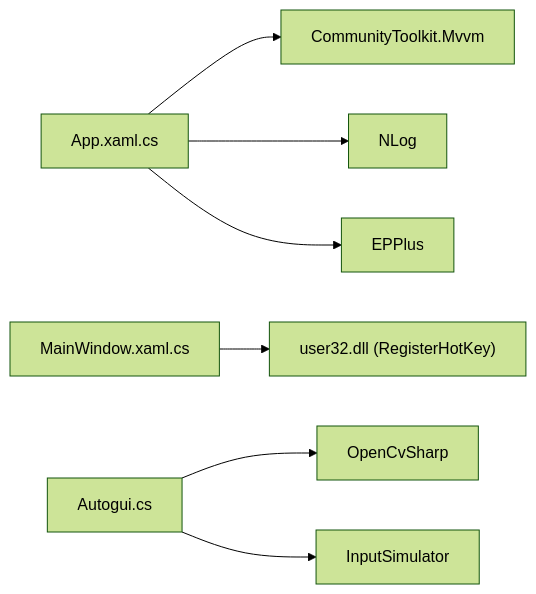
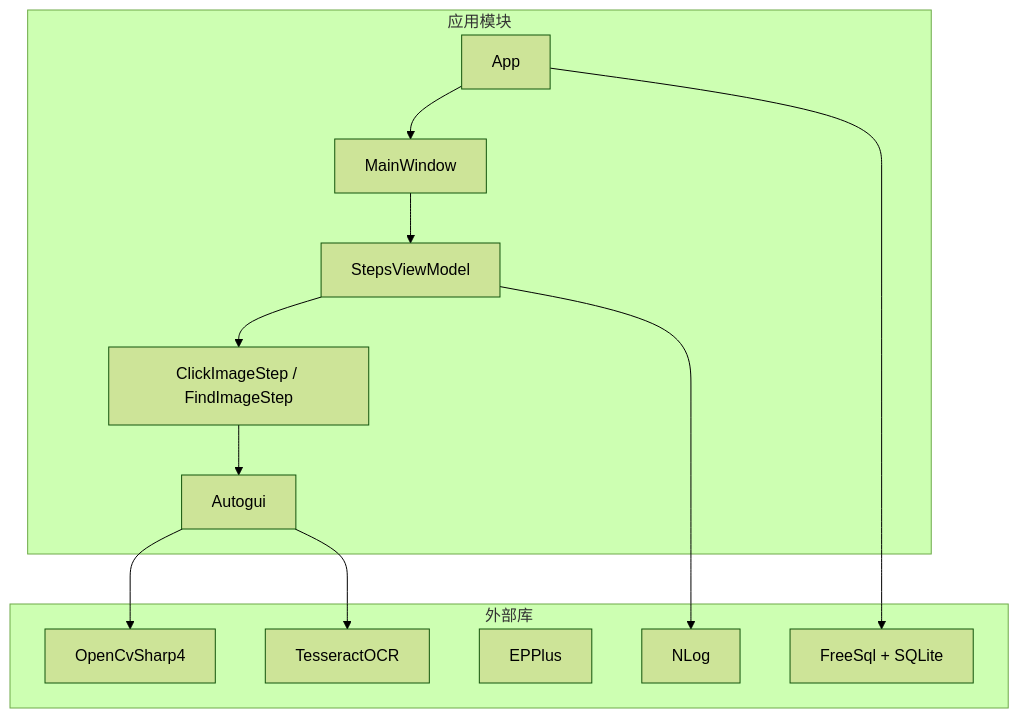
The seventh of 7 diagrams in .qoder/repowiki/zh/content/快速开始.md (yooxii/ShaoLuAuto), drawn with Mermaid (forest theme) before and after one commit. The commit also changed other lines of this file and 213 other files, not shown here.

````diff
--- a/.qoder/repowiki/zh/content/快速开始.md
+++ b/.qoder/repowiki/zh/content/快速开始.md
@@ -220,9 +288,25 @@
 ```mermaid
-graph LR
-App["App.xaml.cs"] --> MVVM["CommunityToolkit.Mvvm"]
-App --> NLog["NLog"]
-MainWindow["MainWindow.xaml.cs"] --> Win32["user32.dll (RegisterHotKey)"]
-Autogui["Autogui.cs"] --> OpenCV["OpenCvSharp"]
-Autogui --> InputSim["InputSimulator"]
-App --> EPPlus["EPPlus"]
+graph TB
+subgraph "外部库"
+OPENCV["OpenCvSharp4"]
+TESS["TesseractOCR"]
+EPPLUS["EPPlus"]
+NLOG["NLog"]
+FREESQL["FreeSql + SQLite"]
+end
+subgraph "应用模块"
+APP["App"]
+MAIN["MainWindow"]
+STEPS["StepsViewModel"]
+STEP["ClickImageStep / FindImageStep"]
+AUTOGUI["Autogui"]
+end
+APP --> MAIN
+MAIN --> STEPS
+STEPS --> STEP
+STEP --> AUTOGUI
+AUTOGUI --> OPENCV
+AUTOGUI --> TESS
+STEPS --> NLOG
+APP --> FREESQL
 ```
````
